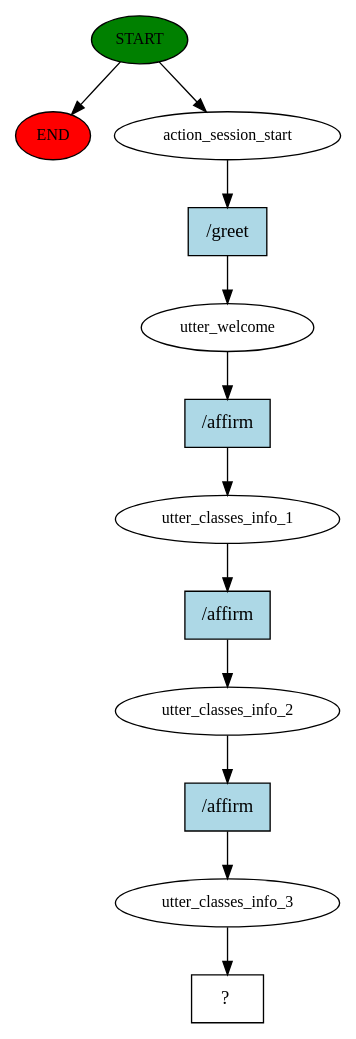
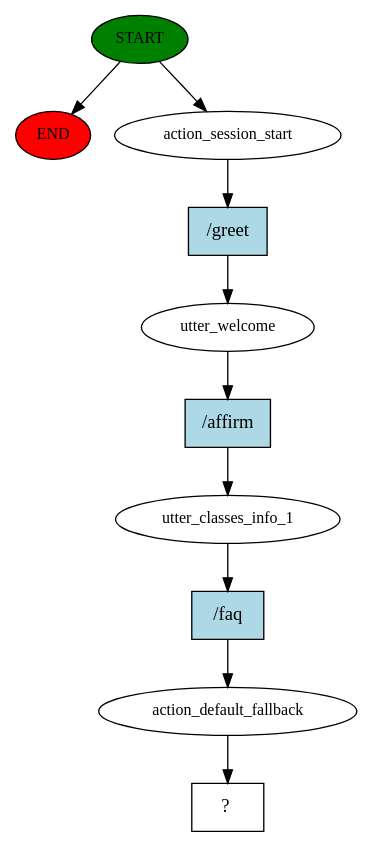
Before and after one commit to Gigit-AI-Corporation/rasa: the diagram in story_graph.dot, drawn with Graphviz. The commit also changed 5 other files, not shown here.

```diff
--- a/story_graph.dot
+++ b/story_graph.dot
@@ -1,25 +1,21 @@
 digraph  {
 0 [class="start active", fillcolor=green, fontsize=12, label=START, style=filled];
 "-1" [class=end, fillcolor=red, fontsize=12, label=END, style=filled];
 1 [class=active, fontsize=12, label=action_session_start];
 2 [class=active, fontsize=12, label=utter_welcome];
 3 [class=active, fontsize=12, label=utter_classes_info_1];
-4 [class=active, fontsize=12, label=utter_classes_info_2];
-5 [class=active, fontsize=12, label=utter_classes_info_3];
-6 [class="intent dashed active", label="  ?  ", shape=rect];
-7 [class="intent active", fillcolor=lightblue, label="/greet", shape=rect, style=filled];
-8 [class="intent active", fillcolor=lightblue, label="/affirm", shape=rect, style=filled];
-9 [class="intent active", fillcolor=lightblue, label="/affirm", shape=rect, style=filled];
-10 [class="intent active", fillcolor=lightblue, label="/affirm", shape=rect, style=filled];
+4 [class=active, fontsize=12, label=action_default_fallback];
+5 [class="intent dashed active", label="  ?  ", shape=rect];
+6 [class="intent active", fillcolor=lightblue, label="/greet", shape=rect, style=filled];
+7 [class="intent active", fillcolor=lightblue, label="/affirm", shape=rect, style=filled];
+8 [class="intent active", fillcolor=lightblue, label="/faq", shape=rect, style=filled];
 0 -> "-1"  [class="", key=NONE, label=""];
 0 -> 1  [class=active, key=NONE, label=""];
-1 -> 7  [class=active, key=0];
-2 -> 8  [class=active, key=0];
-3 -> 9  [class=active, key=0];
-4 -> 10  [class=active, key=0];
-5 -> 6  [class=active, key=NONE, label=""];
-7 -> 2  [class=active, key=0];
-8 -> 3  [class=active, key=0];
-9 -> 4  [class=active, key=0];
-10 -> 5  [class=active, key=0];
+1 -> 6  [class=active, key=0];
+2 -> 7  [class=active, key=0];
+3 -> 8  [class=active, key=0];
+4 -> 5  [class=active, key=NONE, label=""];
+6 -> 2  [class=active, key=0];
+7 -> 3  [class=active, key=0];
+8 -> 4  [class=active, key=0];
 }
```
